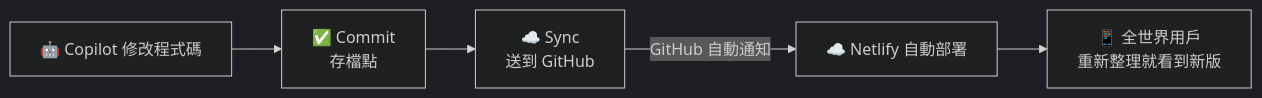
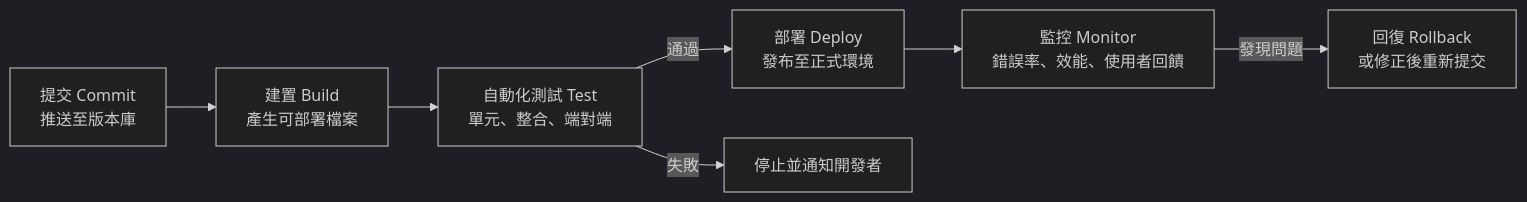
The diagram in docs/tutorials/cicd.md (cychiang-ntpu/VibeNTPU), drawn with Mermaid (dark theme) before and after one commit. The commit also changed other lines of this file and 43 other files, not shown here.

````diff
--- a/docs/tutorials/cicd.md
+++ b/docs/tutorials/cicd.md
@@ -14,6 +32,9 @@
 ```mermaid
 flowchart LR
-    A["🤖 Copilot 修改程式碼"] --> A2["✅ Commit<br/>存檔點"] --> B["☁️ Sync<br/>送到 GitHub"]
-    B -- "GitHub 自動通知" --> C["☁️ Netlify 自動部署"]
-    C --> D["📱 全世界用戶<br/>重新整理就看到新版"]
+    A["提交 Commit<br/>推送至版本庫"] --> B["建置 Build<br/>產生可部署檔案"]
+    B --> C["自動化測試 Test<br/>單元、整合、端對端"]
+    C -- "通過" --> D["部署 Deploy<br/>發布至正式環境"]
+    C -- "失敗" --> X["停止並通知開發者"]
+    D --> E["監控 Monitor<br/>錯誤率、效能、使用者回饋"]
+    E -- "發現問題" --> R["回復 Rollback<br/>或修正後重新提交"]
 ```
````
